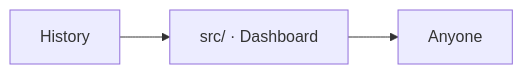
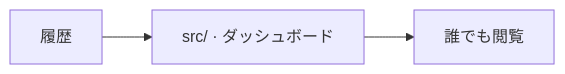
The diagram in web/README.md (jinyongnan810/Beatavue), drawn with Mermaid before and after one commit. The commit also changed other lines of this file and 15 other files, not shown here.

````diff
--- a/web/README.md
+++ b/web/README.md
@@ -7,5 +7,5 @@
 ```mermaid
 flowchart LR
-    API[History] --> UI[src/ · Dashboard]
-    UI --> Visitor[Anyone]
+    API[履歴] --> UI[src/ · ダッシュボード]
+    UI --> Visitor[誰でも閲覧]
 ```
````
